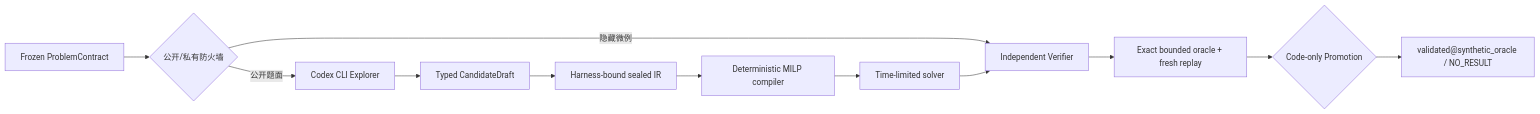
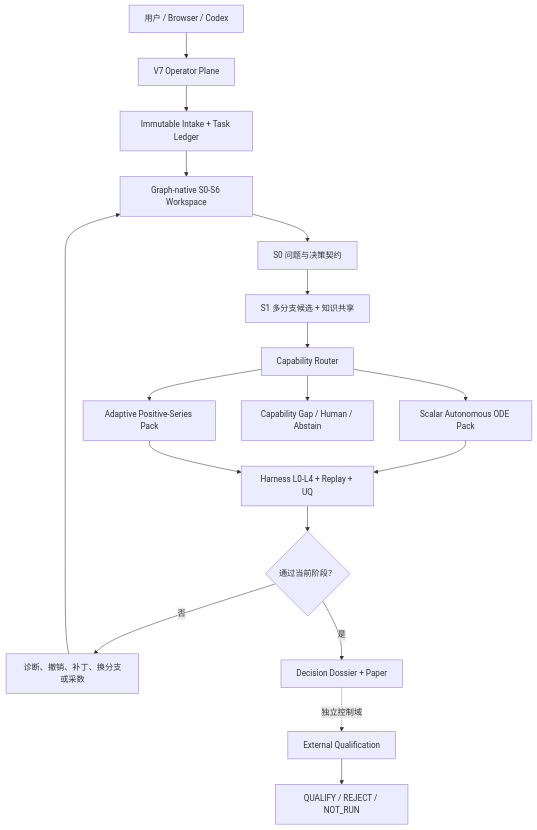
One commit to zx070326-hash/fma-trusted-modeling-agent changed the diagram in README.md. Above: the diagram before and after it, drawn with Mermaid. The commit also changed other lines of this file and 412 other files, not shown here.

````diff
--- a/README.md
+++ b/README.md
@@ -11,14 +52,23 @@
 ```mermaid
-flowchart LR
-    PC["Frozen ProblemContract"] --> FW{"公开/私有防火墙"}
-    FW -->|"公开题面"| CX["Codex CLI Explorer"]
-    FW -->|"隐藏微例"| VE["Independent Verifier"]
-    CX --> DR["Typed CandidateDraft"]
-    DR --> IR["Harness-bound sealed IR"]
-    IR --> CO["Deterministic MILP compiler"]
-    CO --> SO["Time-limited solver"]
-    SO --> VE
-    VE --> OR["Exact bounded oracle + fresh replay"]
-    OR --> PG{"Code-only Promotion"}
-    PG --> VA["validated@synthetic_oracle / NO_RESULT"]
+flowchart TD
+    U["用户 / Browser / Codex"] --> OP["V7 Operator Plane"]
+    OP --> IN["Immutable Intake + Task Ledger"]
+    IN --> G["Graph-native S0-S6 Workspace"]
+
+    G --> S0["S0 问题与决策契约"]
+    S0 --> S1["S1 多分支候选 + 知识共享"]
+    S1 --> R["Capability Router"]
+    R --> ODE["Scalar Autonomous ODE Pack"]
+    R --> APS["Adaptive Positive-Series Pack"]
+    R --> GAP["Capability Gap / Human / Abstain"]
+
+    ODE --> V["Harness L0-L4 + Replay + UQ"]
+    APS --> V
+    V --> REC{"通过当前阶段？"}
+    REC -->|"否"| BACK["诊断、撤销、补丁、换分支或采数"]
+    BACK --> G
+    REC -->|"是"| DOS["Decision Dossier + Paper"]
+
+    DOS -. "独立控制域" .-> EXT["External Qualification"]
+    EXT --> Q["QUALIFY / REJECT / NOT_RUN"]
 ```
````
